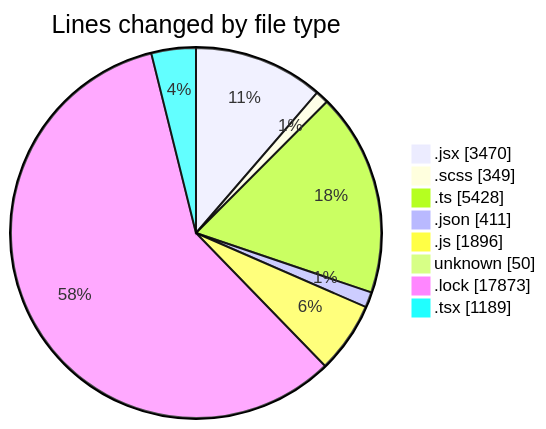
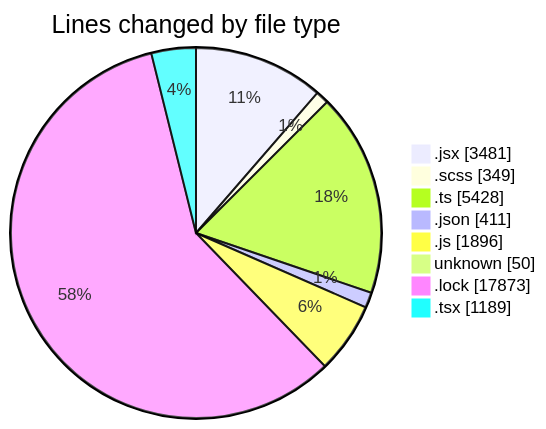
One commit to momahboobian/code-tracking changed the first of 2 diagrams in 2026-09-01/cda/README.md. Above: the diagram before and after it, drawn with Mermaid. The commit also changed other lines of this file and 1 other file, not shown here.

````diff
--- a/2026-09-01/cda/README.md
+++ b/2026-09-01/cda/README.md
@@ -78,12 +78,12 @@
 ```mermaid
 pie showData
 title Lines changed by file type
-".jsx" : 3470
+".jsx" : 3481
 ".scss" : 349
 ".ts" : 5428
 ".json" : 411
 ".js" : 1896
 "unknown" : 50
 ".lock" : 17873
 ".tsx" : 1189
 ```
````
